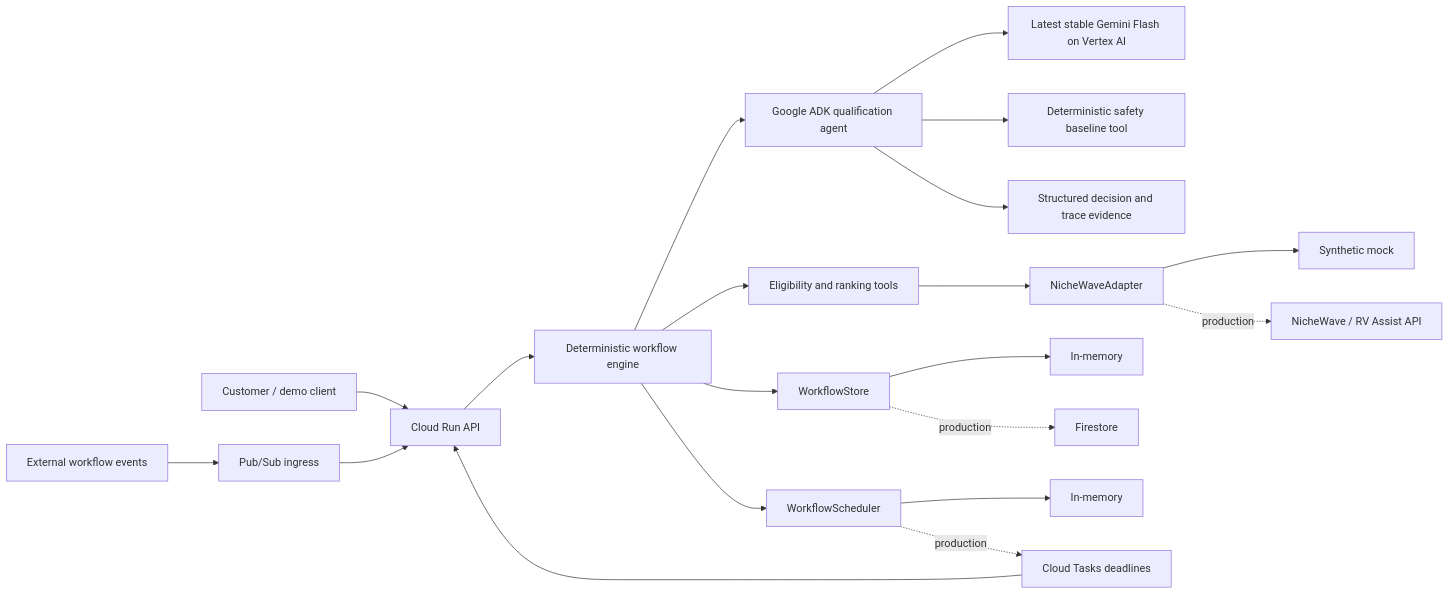
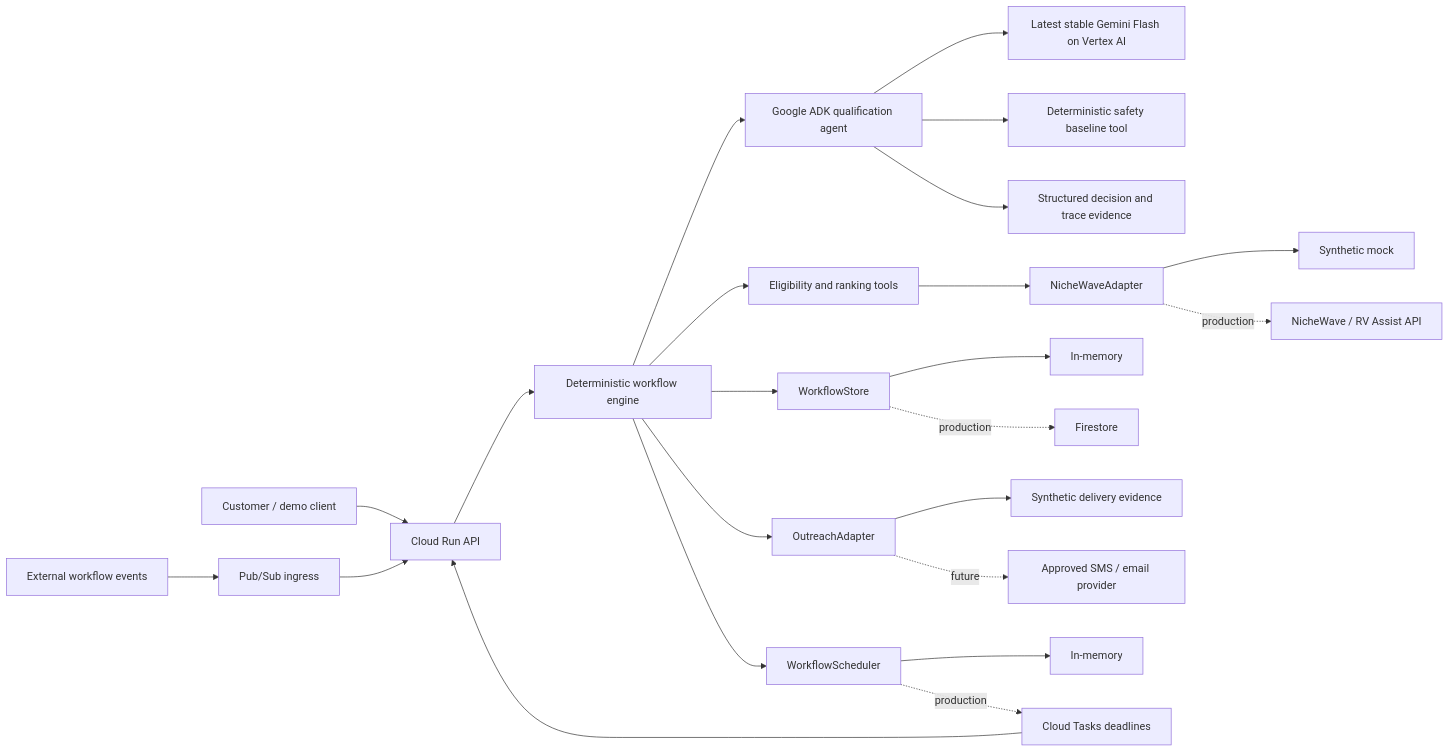
The diagram in docs/technical/architecture.mmd (kibukamusoke/rv-assist-autopilot), drawn with Mermaid before and after one commit. The commit also changed 20 other files, not shown here.

Commit message:
feat: add auditable synthetic outreach

```diff
--- a/docs/technical/architecture.mmd
+++ b/docs/technical/architecture.mmd
@@ -1,21 +1,24 @@
 %% Editable source for the deployed technical architecture.
 flowchart LR
     Client["Customer / demo client"] --> API["Cloud Run API"]
     API --> Workflow["Deterministic workflow engine"]
     Workflow --> ADK["Google ADK qualification agent"]
     ADK --> Gemini["Latest stable Gemini Flash on Vertex AI"]
     ADK --> Safety["Deterministic safety baseline tool"]
     ADK --> Trace["Structured decision and trace evidence"]
     Workflow --> Tools["Eligibility and ranking tools"]
     Tools --> NW["NicheWaveAdapter"]
     NW --> Mock["Synthetic mock"]
     NW -. production .-> External["NicheWave / RV Assist API"]
     Workflow --> Store["WorkflowStore"]
     Store --> Memory["In-memory"]
     Store -. production .-> Firestore["Firestore"]
     Workflow --> Scheduler["WorkflowScheduler"]
+    Workflow --> Outreach["OutreachAdapter"]
+    Outreach --> SyntheticMessages["Synthetic delivery evidence"]
+    Outreach -. future .-> RealChannels["Approved SMS / email provider"]
     Scheduler --> Local["In-memory"]
     Scheduler -. production .-> Tasks["Cloud Tasks deadlines"]
     Events["External workflow events"] --> PubSub["Pub/Sub ingress"]
     PubSub --> API
     Tasks --> API
```
